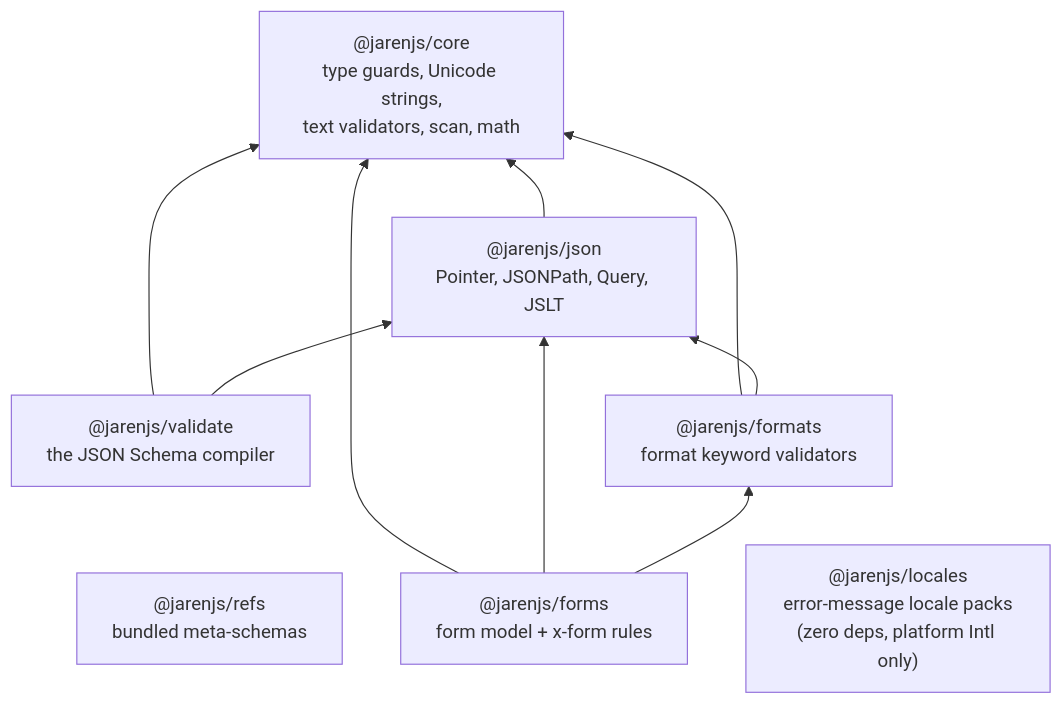
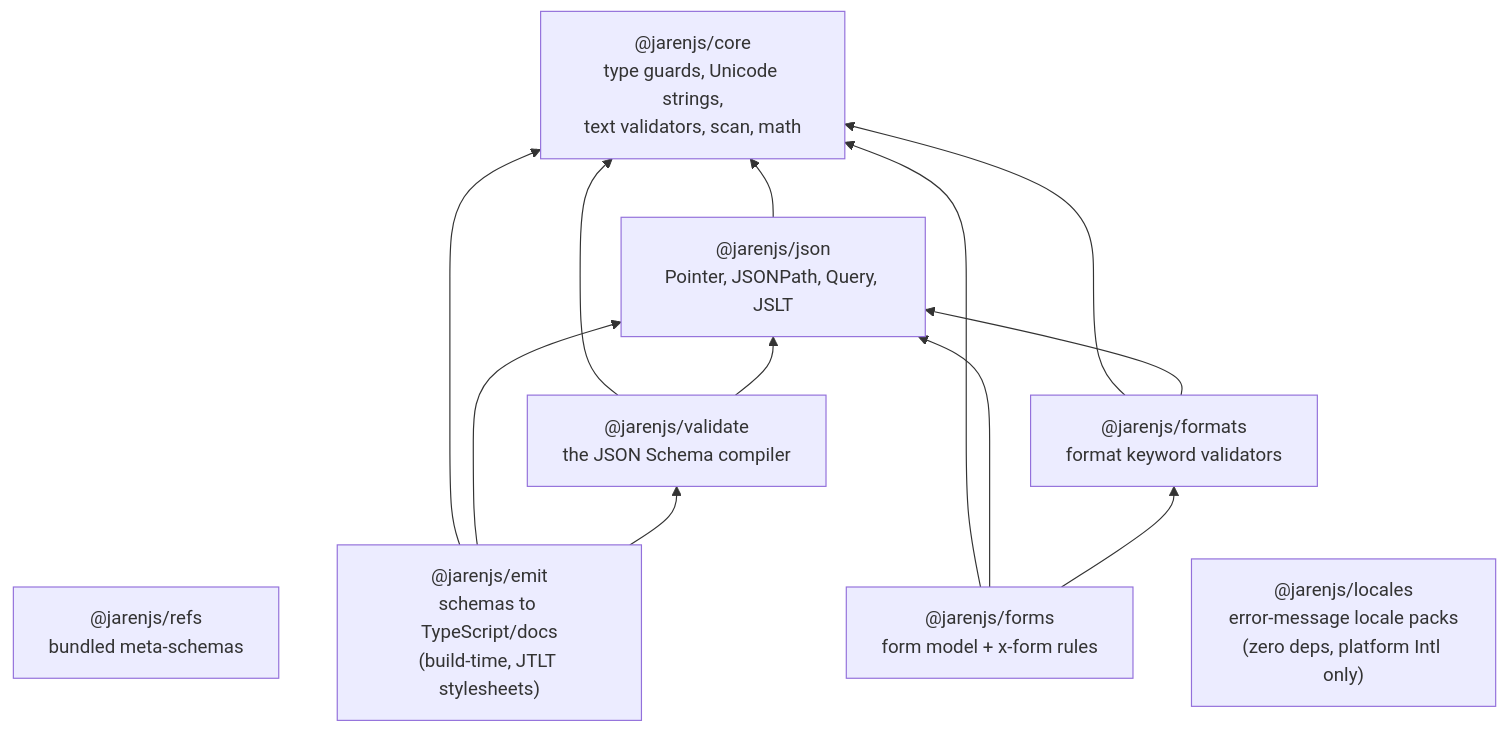
The diagram in docs/ARCHITECTURE.md (jklarenbeek/jarenjs), drawn with Mermaid before and after one commit. The commit also changed other lines of this file and 42 other files, not shown here.

Commit message:
Add @jarenjs/emit: JSON Schema to TypeScript and docs via JTLT stylesheets, verified against the validator

````diff
--- a/docs/ARCHITECTURE.md
+++ b/docs/ARCHITECTURE.md
@@ -40,19 +40,23 @@
 ```mermaid
 flowchart BT
     CORE["@jarenjs/core<br/>type guards, Unicode strings,<br/>text validators, scan, math"]
     JSON["@jarenjs/json<br/>Pointer, JSONPath, Query, JSLT"]
     VALIDATE["@jarenjs/validate<br/>the JSON Schema compiler"]
     FORMATS["@jarenjs/formats<br/>format keyword validators"]
     REFS["@jarenjs/refs<br/>bundled meta-schemas"]
+    EMIT["@jarenjs/emit<br/>schemas to TypeScript/docs<br/>(build-time, JTLT stylesheets)"]
     FORMS["@jarenjs/forms<br/>form model + x-form rules"]
     LOCALES["@jarenjs/locales<br/>error-message locale packs<br/>(zero deps, platform Intl only)"]
 
     JSON --> CORE
     VALIDATE --> CORE
     VALIDATE --> JSON
     FORMATS --> CORE
     FORMATS --> JSON
+    EMIT --> CORE
+    EMIT --> JSON
+    EMIT --> VALIDATE
     FORMS --> CORE
     FORMS --> JSON
     FORMS --> FORMATS
 ```
````
